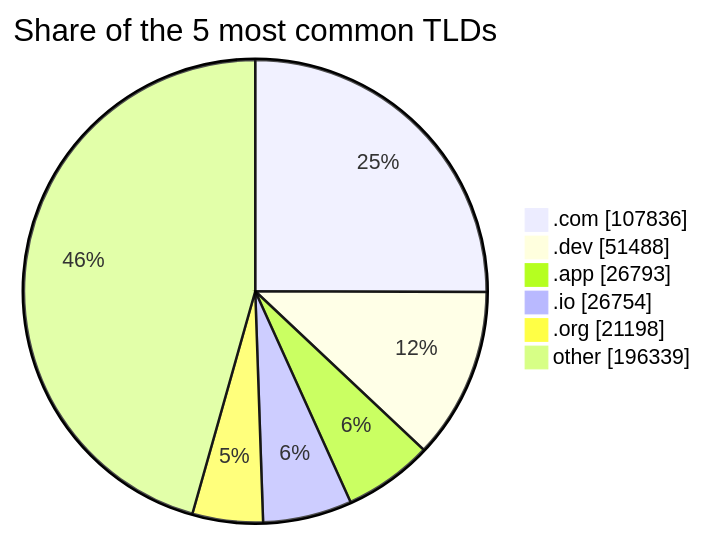
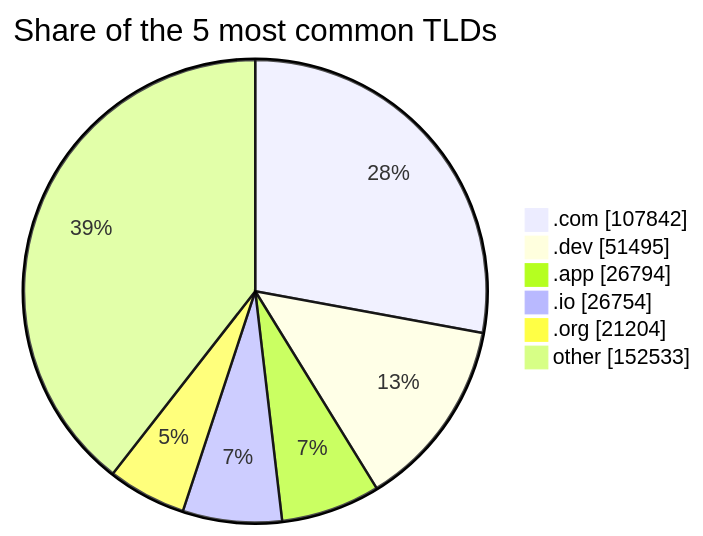
The third of 3 diagrams in README.md (DNSBunker/CTI), drawn with Mermaid before and after one commit. The commit also changed other lines of this file and 3 other files, not shown here.

````diff
--- a/README.md
+++ b/README.md
@@ -81,9 +81,9 @@
 ```mermaid
 pie showData title Share of the 5 most common TLDs
-    ".com" : 107836
-    ".dev" : 51488
-    ".app" : 26793
+    ".com" : 107842
+    ".dev" : 51495
+    ".app" : 26794
     ".io" : 26754
-    ".org" : 21198
-    "other" : 196339
+    ".org" : 21204
+    "other" : 152533
 ```
````
